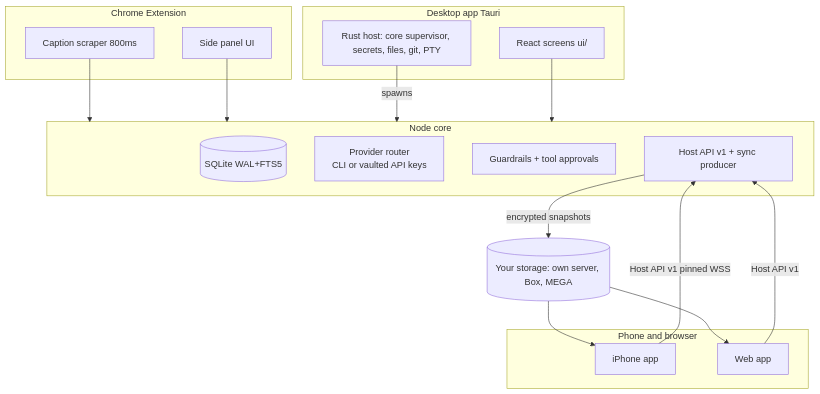
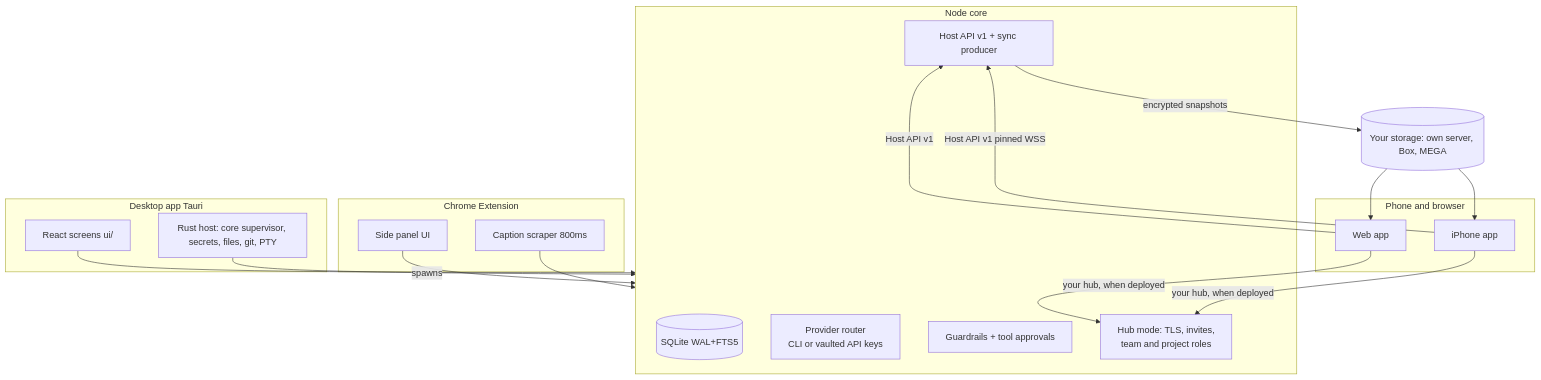
Before and after one commit to dnsmalla/llm-ide: the second of 2 diagrams in README.md, drawn with Mermaid. The commit also changed other lines of this file, not shown here.

````diff
--- a/README.md
+++ b/README.md
@@ -87,30 +88,33 @@
 ```mermaid
 flowchart TB
     subgraph ext [Chrome Extension]
         CC[Caption scraper 800ms]
         SP[Side panel UI]
     end
     subgraph desk [Desktop app Tauri]
         HOST[Rust host: core supervisor, secrets, files, git, PTY]
         UI[React screens ui/]
     end
     subgraph srv [Node core]
         KB[(SQLite WAL+FTS5)]
         AI[Provider router<br/>CLI or vaulted API keys]
         GR[Guardrails + tool approvals]
         HA[Host API v1 + sync producer]
+        HUB[Hub mode: TLS, invites,<br/>team and project roles]
     end
     subgraph remote [Phone and browser]
         IOS[iPhone app]
         WEB[Web app]
     end
     CC --> srv
     SP --> srv
     HOST -->|spawns| srv
     UI --> srv
     IOS -->|Host API v1 pinned WSS| HA
     WEB -->|Host API v1| HA
+    IOS -->|your hub, when deployed| HUB
+    WEB -->|your hub, when deployed| HUB
     HA -->|encrypted snapshots| STORE[(Your storage: own server, Box, MEGA)]
     STORE --> IOS
     STORE --> WEB
 ```
````
